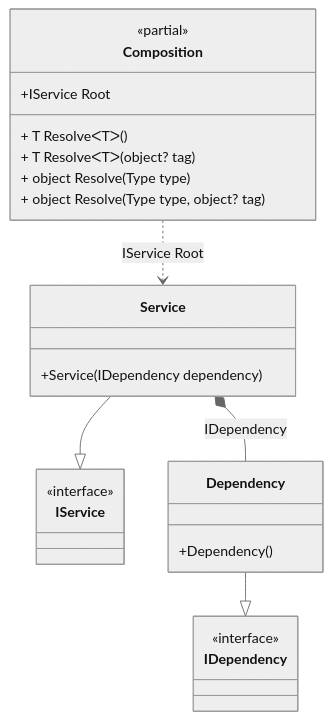
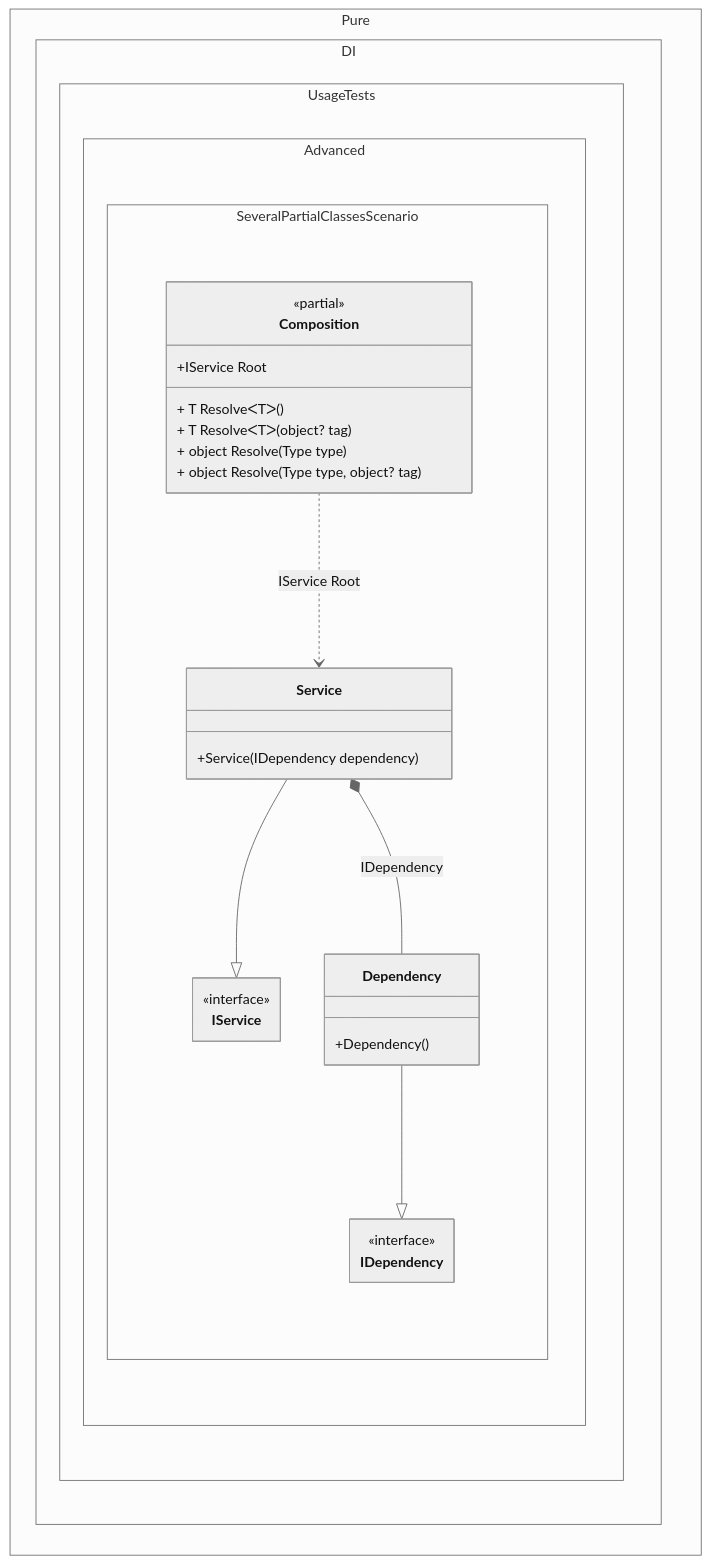
Before and after one commit to DevTeam/Pure.DI: the diagram in readme/a-few-partial-classes.md, drawn with Mermaid (neutral theme). The commit also changed 103 other files, not shown here.

Commit message:
Improved class diagrams

````diff
--- a/readme/a-few-partial-classes.md
+++ b/readme/a-few-partial-classes.md
@@ -190,27 +190,34 @@
 ```mermaid
+---
+ config:
+  class:
+   hideEmptyMembersBox: true
+---
 classDiagram
-	class Composition {
+	Service --|> IService
+	Dependency --|> IDependency
+	Composition ..> Service : IService Root
+	Service *--  Dependency : IDependency
+	namespace Pure.DI.UsageTests.Advanced.SeveralPartialClassesScenario {
+		class Composition {
 		<<partial>>
 		+IService Root
 		+ T ResolveᐸTᐳ()
 		+ T ResolveᐸTᐳ(object? tag)
 		+ object Resolve(Type type)
 		+ object Resolve(Type type, object? tag)
+		}
+		class Dependency {
+			+Dependency()
+		}
+		class IDependency {
+			<<interface>>
+		}
+		class IService {
+			<<interface>>
+		}
+		class Service {
+			+Service(IDependency dependency)
+		}
 	}
-	Service --|> IService
-	class Service {
-		+Service(IDependency dependency)
-	}
-	Dependency --|> IDependency
-	class Dependency {
-		+Dependency()
-	}
-	class IService {
-		<<interface>>
-	}
-	class IDependency {
-		<<interface>>
-	}
-	Composition ..> Service : IService Root
-	Service *--  Dependency : IDependency
 ```
````
